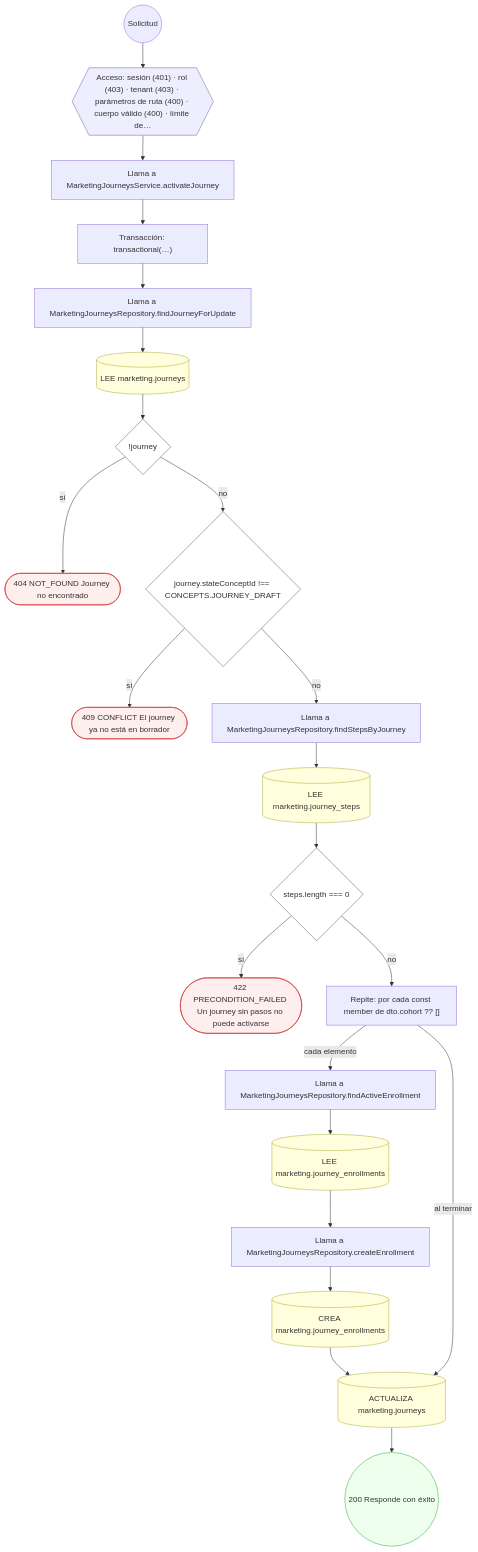
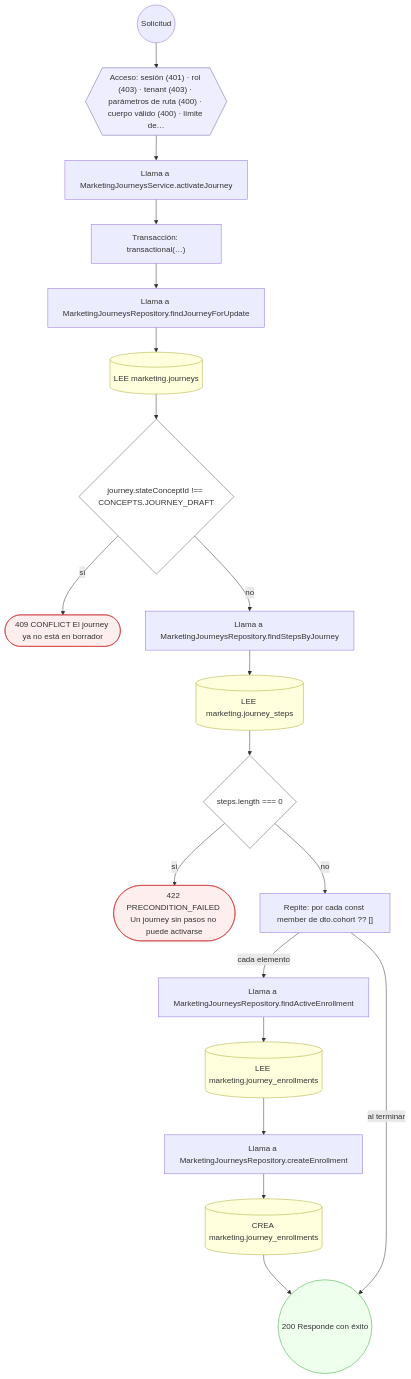
Before and after one commit to mdavila-2001/mantra-core-health-api: the ninth of 16 diagrams in docs/inventario/flujos/marketing.md, drawn with Mermaid. The commit also changed other lines of this file and 438 other files, not shown here.

````diff
--- a/docs/inventario/flujos/marketing.md
+++ b/docs/inventario/flujos/marketing.md
@@ -645,51 +666,45 @@
 ```mermaid
 flowchart TD
   n1(("Solicitud")):::inicio
   n2{{"Acceso: sesión (401) · rol (403) · tenant (403) · parámetros de ruta (400) · cuerpo válido (400) · límite de…"}}:::acceso
   n1 --> n2
   n3["Llama a MarketingJourneysService.activateJourney"]:::llamada
   n2 --> n3
   n4["Transacción: transactional(…)"]:::transaccion
   n3 --> n4
   n5["Llama a MarketingJourneysRepository.findJourneyForUpdate"]:::llamada
   n4 --> n5
   n6[("LEE marketing.journeys")]:::efecto
   n5 --> n6
-  n7{"!journey"}:::decision
+  n7{"journey.stateConceptId !== CONCEPTS.JOURNEY_DRAFT"}:::decision
   n6 --> n7
-  n8(["404 NOT_FOUND Journey no encontrado"]):::error
+  n8(["409 CONFLICT El journey ya no está en borrador"]):::error
   n7 -->|"sí"| n8
-  n9{"journey.stateConceptId !== CONCEPTS.JOURNEY_DRAFT"}:::decision
+  n9["Llama a MarketingJourneysRepository.findStepsByJourney"]:::llamada
   n7 -->|"no"| n9
-  n10(["409 CONFLICT El journey ya no está en borrador"]):::error
-  n9 -->|"sí"| n10
-  n11["Llama a MarketingJourneysRepository.findStepsByJourney"]:::llamada
-  n9 -->|"no"| n11
-  n12[("LEE marketing.journey_steps")]:::efecto
-  n11 --> n12
-  n13{"steps.length === 0"}:::decision
-  n12 --> n13
-  n14(["422 PRECONDITION_FAILED Un journey sin pasos no puede activarse"]):::error
-  n13 -->|"sí"| n14
-  n15["Repite: por cada const member de dto.cohort ?? []"]:::bucle
-  n13 -->|"no"| n15
-  n16["Llama a MarketingJourneysRepository.findActiveEnrollment"]:::llamada
-  n15 -->|"cada elemento"| n16
-  n17[("LEE marketing.journey_enrollments")]:::efecto
+  n10[("LEE marketing.journey_steps")]:::efecto
+  n9 --> n10
+  n11{"steps.length === 0"}:::decision
+  n10 --> n11
+  n12(["422 PRECONDITION_FAILED Un journey sin pasos no puede activarse"]):::error
+  n11 -->|"sí"| n12
+  n13["Repite: por cada const member de dto.cohort ?? []"]:::bucle
+  n11 -->|"no"| n13
+  n14["Llama a MarketingJourneysRepository.findActiveEnrollment"]:::llamada
+  n13 -->|"cada elemento"| n14
+  n15[("LEE marketing.journey_enrollments")]:::efecto
+  n14 --> n15
+  n16["Llama a MarketingJourneysRepository.createEnrollment"]:::llamada
+  n15 --> n16
+  n17[("CREA marketing.journey_enrollments")]:::efecto
   n16 --> n17
-  n18["Llama a MarketingJourneysRepository.createEnrollment"]:::llamada
+  n18(("200 Responde con éxito")):::ok
   n17 --> n18
-  n19[("CREA marketing.journey_enrollments")]:::efecto
-  n18 --> n19
-  n20[("ACTUALIZA marketing.journeys")]:::efecto
-  n19 --> n20
-  n15 -->|"al terminar"| n20
-  n21(("200 Responde con éxito")):::ok
-  n20 --> n21
+  n13 -->|"al terminar"| n18
   classDef acceso fill:#eef,stroke:#66a
   classDef error fill:#fee,stroke:#c33
   classDef ok fill:#efe,stroke:#3a3
   classDef efecto fill:#ffd,stroke:#aa3
   classDef decision fill:#fff,stroke:#555
   classDef corte fill:#eee,stroke:#999,stroke-dasharray: 4
 ```
````
